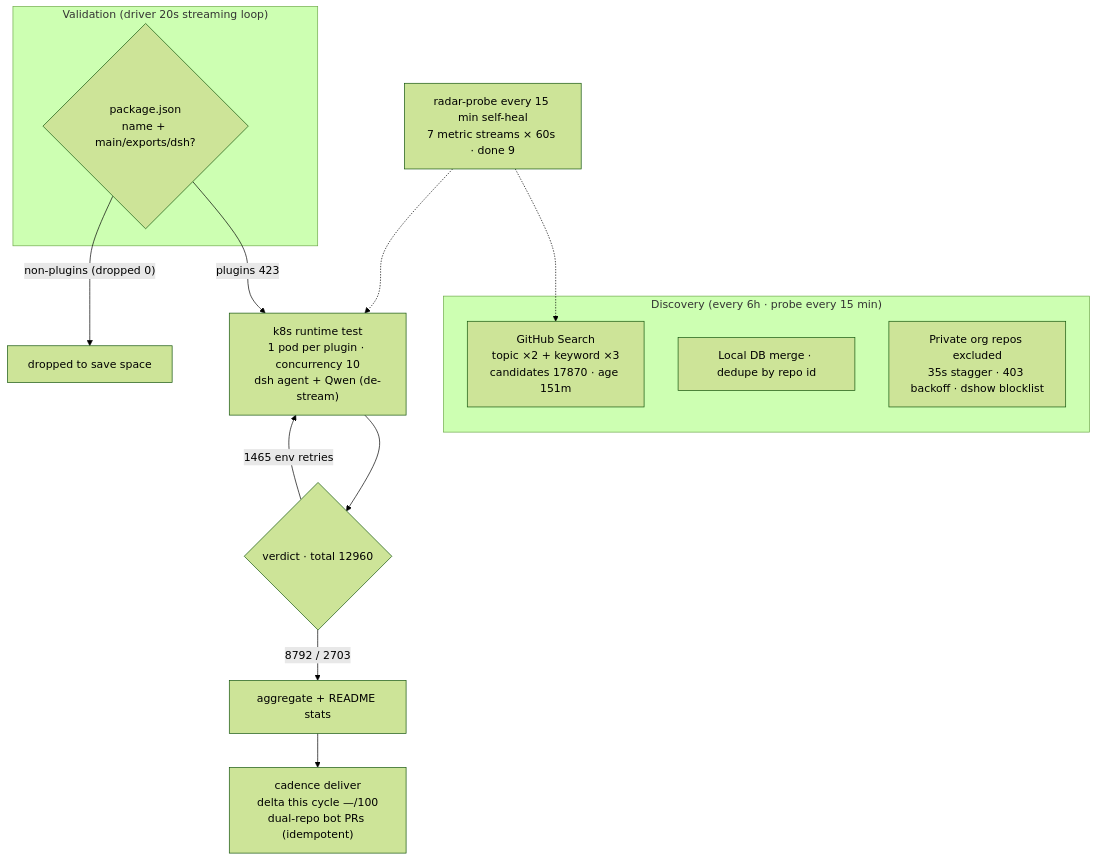
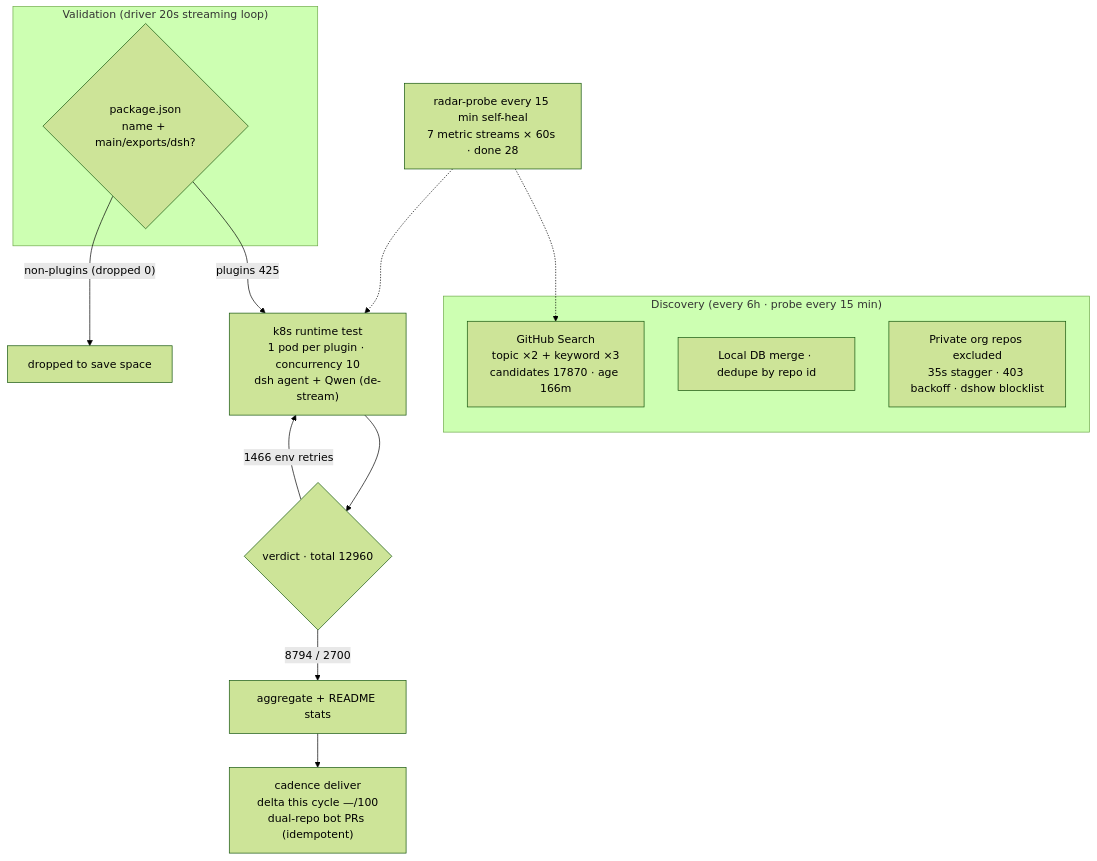
The diagram in README.en-US.md (AdamPlatin123/awesome-dsh-plugins), drawn with Mermaid (forest theme) before and after one commit. The commit also changed other lines of this file and 5 other files, not shown here.

````diff
--- a/README.en-US.md
+++ b/README.en-US.md
@@ -45,20 +45,20 @@
 ```mermaid
 flowchart TB
     subgraph Discovery["Discovery (every 6h · probe every 15 min)"]
-        A1["GitHub Search<br/>topic ×2 + keyword ×3<br/>candidates 17870 · age 151m"]
+        A1["GitHub Search<br/>topic ×2 + keyword ×3<br/>candidates 17870 · age 166m"]
         A2["Local DB merge · dedupe by repo id"]
         A3["Private org repos excluded<br/>35s stagger · 403 backoff · dshow blocklist"]
     end
     subgraph Validation["Validation (driver 20s streaming loop)"]
         B1{"package.json<br/>name + main/exports/dsh?"}
     end
-    B1 -->|"plugins 423"| C1["k8s runtime test<br/>1 pod per plugin · concurrency 10<br/>dsh agent + Qwen (de-stream)"]
+    B1 -->|"plugins 425"| C1["k8s runtime test<br/>1 pod per plugin · concurrency 10<br/>dsh agent + Qwen (de-stream)"]
     B1 -->|"non-plugins (dropped 0)"| B3["dropped to save space"]
     C1 --> D1{"verdict · total 12960"}
-    D1 -->|"8792 / 2703"| E1["aggregate + README stats"]
-    D1 -->|"1465 env retries"| C1
+    D1 -->|"8794 / 2700"| E1["aggregate + README stats"]
+    D1 -->|"1466 env retries"| C1
     E1 --> E2["cadence deliver<br/>delta this cycle —/100<br/>dual-repo bot PRs (idempotent)"]
-    M["radar-probe every 15 min self-heal<br/>7 metric streams × 60s · done 9"]
+    M["radar-probe every 15 min self-heal<br/>7 metric streams × 60s · done 28"]
     M -.-> A1
     M -.-> C1
 ```
````
